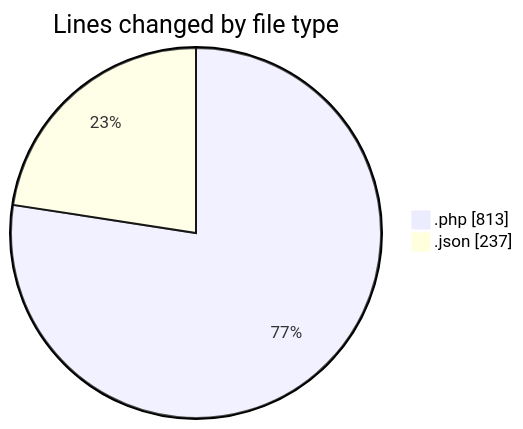
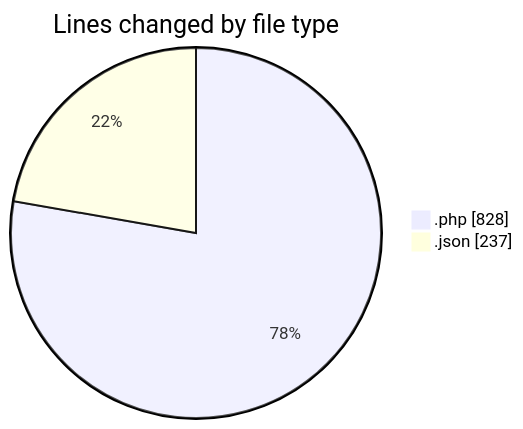
Before and after one commit to idhammustaqopulfikri/code-tracking: the first of 2 diagrams in 2025-05-30/studio-backend/README.md, drawn with Mermaid. The commit also changed other lines of this file and 1 other file, not shown here.

````diff
--- a/2025-05-30/studio-backend/README.md
+++ b/2025-05-30/studio-backend/README.md
@@ -30,6 +30,6 @@
 ```mermaid
 pie showData
 title Lines changed by file type
-".php" : 813
+".php" : 828
 ".json" : 237
 ```
````
